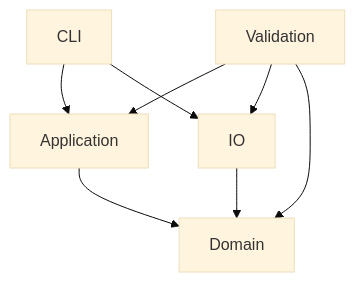
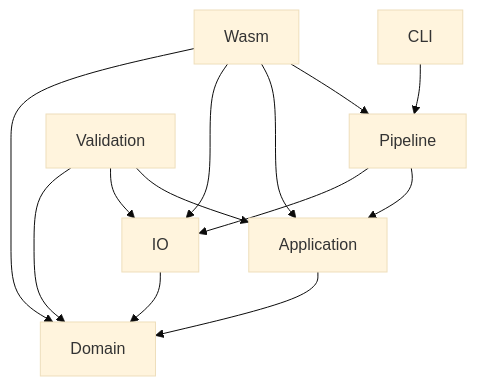
The diagram in docs/architecture/DEPENDENCY-RULES.md (chyinan/JOCForge), drawn with Mermaid (base theme) before and after one commit. The commit also changed other lines of this file and 7 other files, not shown here.

````diff
--- a/docs/architecture/DEPENDENCY-RULES.md
+++ b/docs/architecture/DEPENDENCY-RULES.md
@@ -15,10 +15,15 @@
 ```mermaid
 flowchart TD
-  CLI --> Application
-  CLI --> IO
+  CLI --> Pipeline
+  Pipeline --> Application
+  Pipeline --> IO
+  Wasm --> Pipeline
+  Wasm --> Application
+  Wasm --> IO
+  Wasm --> Domain
   Validation --> Application
   Validation --> IO
   Validation --> Domain
   Application --> Domain
   IO --> Domain
 ```
````
